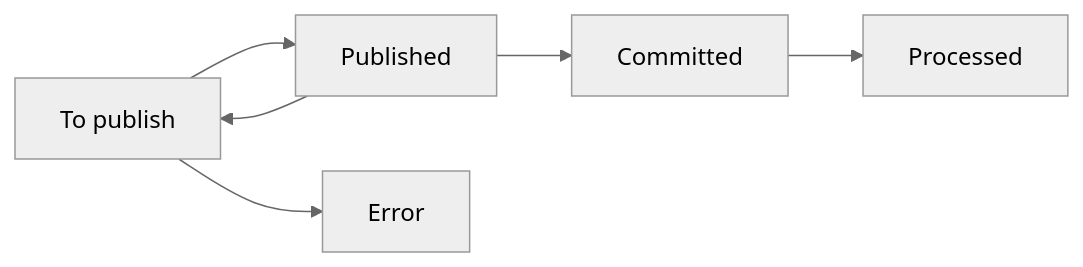
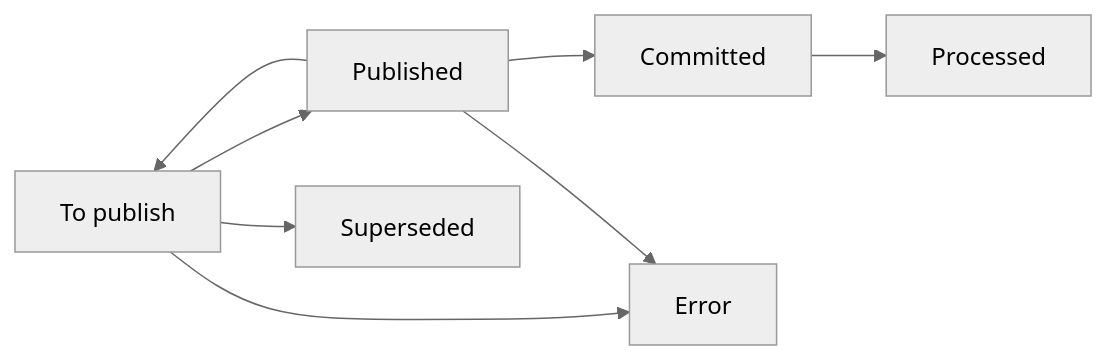
The diagram in apps/docs/src/content/docs/protocol/intents.md (xmtp/libxmtp), drawn with Mermaid (neutral theme) before and after one commit. The commit also changed other lines of this file and 93 other files, not shown here.

````diff
--- a/apps/docs/src/content/docs/protocol/intents.md
+++ b/apps/docs/src/content/docs/protocol/intents.md
@@ -39,8 +40,10 @@
 ```mermaid
 flowchart LR
   A[To publish] --> B[Published]
   B --> C[Committed]
   C --> D[Processed]
   A --> E[Error]
+  A --> F[Superseded]
+  B --> E
   B --> A
 ```
````
